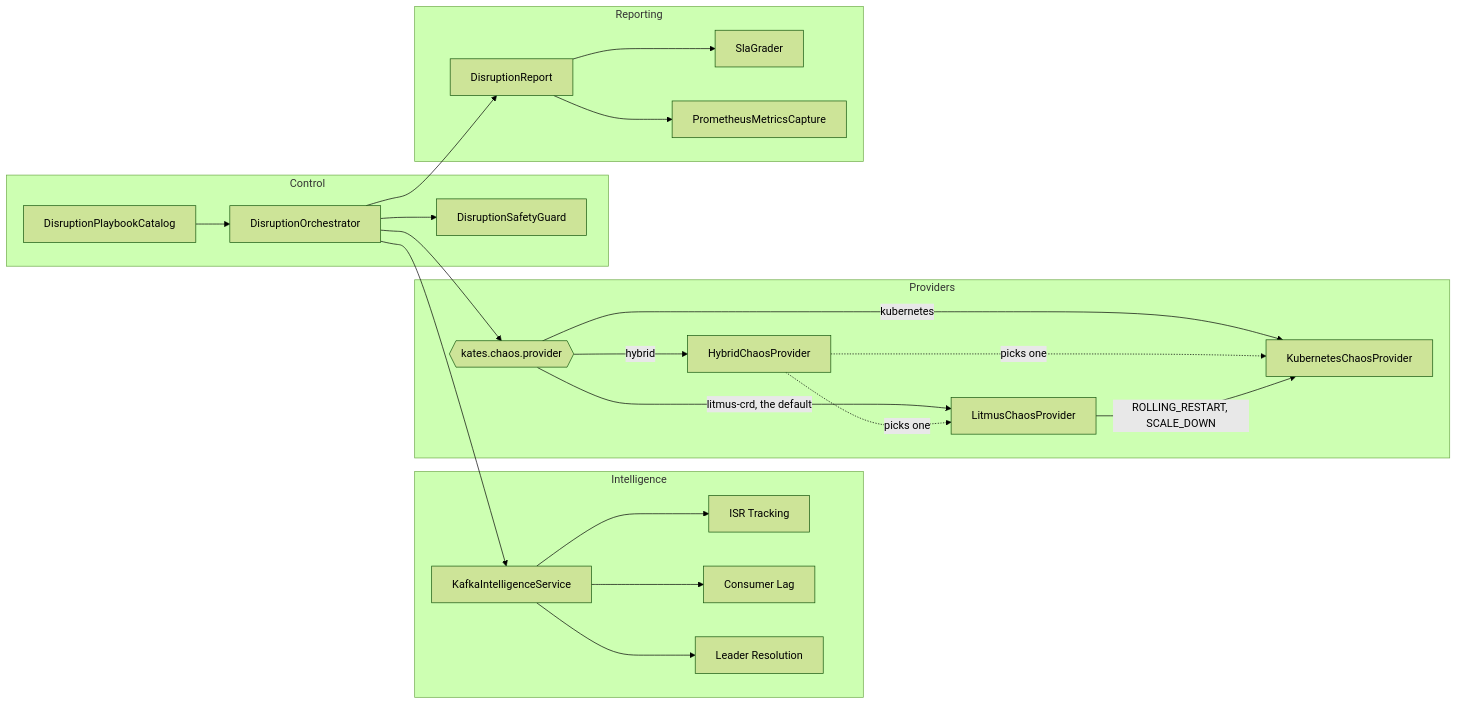
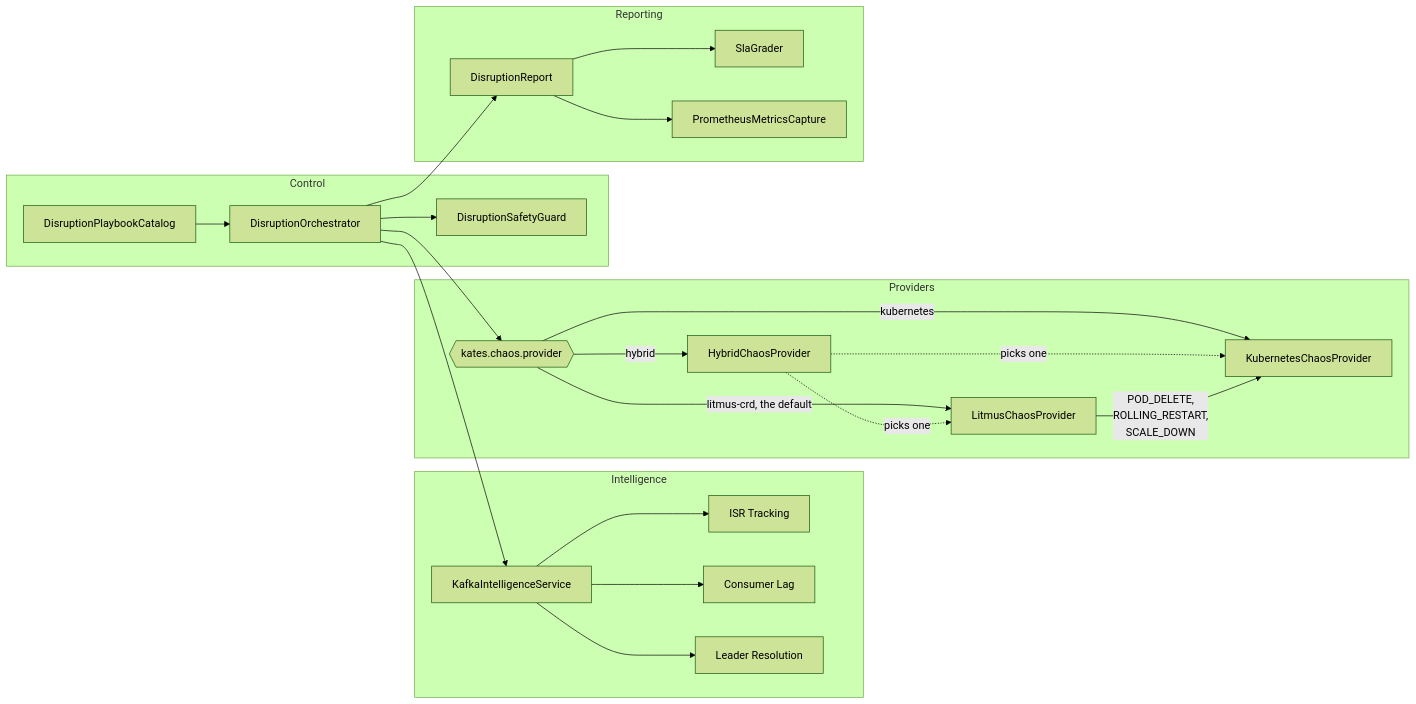
Before and after one commit to actions-marketplace-validations/bmscomp_kates: the fourth of 8 diagrams in docs/book/02-architecture.md, drawn with Mermaid (forest theme). The commit also changed other lines of this file and 11 other files, not shown here.

````diff
--- a/docs/book/02-architecture.md
+++ b/docs/book/02-architecture.md
@@ -175,48 +175,48 @@
 ```mermaid
 %%| label: fig-architecture-disruption-engine
 %%| fig-cap: "A disruption plan's orchestrator checks the plan, reads Kafka's state, and hands every fault to the one chaos provider that kates.chaos.provider selects."
-%%| fig-alt: "Flowchart in four groups. Control: the playbook catalog feeds the disruption orchestrator, which calls the safety guard. Intelligence: the Kafka intelligence service provides ISR tracking, consumer lag and leader resolution. Providers: the setting kates.chaos.provider selects the Litmus provider by default, the Kubernetes provider, or the hybrid provider, which picks one of the two; the Litmus provider sends ROLLING_RESTART and SCALE_DOWN to the Kubernetes provider. Reporting: the orchestrator writes a disruption report, graded by the SLA grader and fed by the Prometheus metrics capture."
+%%| fig-alt: "Flowchart in four groups. Control: the playbook catalog feeds the disruption orchestrator, which calls the safety guard. Intelligence: the Kafka intelligence service provides ISR tracking, consumer lag and leader resolution. Providers: the setting kates.chaos.provider selects the Litmus provider by default, the Kubernetes provider, or the hybrid provider, which picks one of the two; the Litmus provider sends POD_DELETE, ROLLING_RESTART and SCALE_DOWN to the Kubernetes provider. Reporting: the orchestrator writes a disruption report, graded by the SLA grader and fed by the Prometheus metrics capture."
 graph LR
     subgraph Control
         DO[DisruptionOrchestrator]
         DSG[DisruptionSafetyGuard]
         DPC[DisruptionPlaybookCatalog]
     end
     
     subgraph Intelligence
         KIS[KafkaIntelligenceService]
         ISR[ISR Tracking]
         LAG[Consumer Lag]
         LEAD[Leader Resolution]
     end
     
     subgraph Providers
         CP{{kates.chaos.provider}}
         HCP[HybridChaosProvider]
         KCP[KubernetesChaosProvider]
         LCP[LitmusChaosProvider]
     end
     
     subgraph Reporting
         DR[DisruptionReport]
         SG[SlaGrader]
         PMC[PrometheusMetricsCapture]
     end
     
     DO --> DSG
     DO --> KIS
     DO --> CP
     DO --> DR
     DPC --> DO
     KIS --> ISR
     KIS --> LAG
     KIS --> LEAD
     CP -->|"litmus-crd, the default"| LCP
     CP -->|kubernetes| KCP
     CP -->|hybrid| HCP
     HCP -.->|picks one| LCP
     HCP -.->|picks one| KCP
-    LCP -->|"ROLLING_RESTART, SCALE_DOWN"| KCP
+    LCP -->|"POD_DELETE,<br/>ROLLING_RESTART,<br/>SCALE_DOWN"| KCP
     DR --> SG
     DR --> PMC
 ```
````
